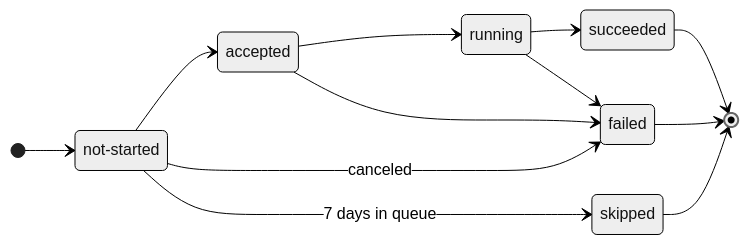
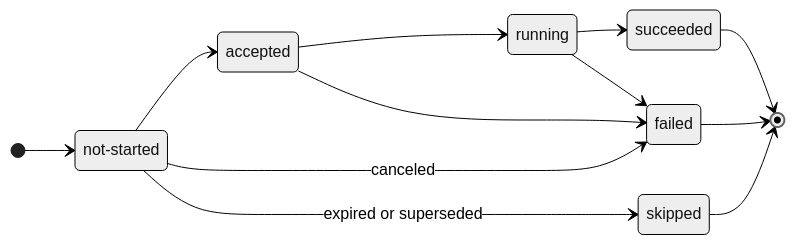
One commit to pulumi/docs changed the diagram in content/docs/deployments/operations/deployment-status.md. Above: the diagram before and after it, drawn with Mermaid (neutral theme). The commit also changed other lines of this file and 2 other files, not shown here.

Commit message:
Address pre-merge review: skip-intermediate cause for skipped, Vale wordiness

````diff
--- a/content/docs/deployments/operations/deployment-status.md
+++ b/content/docs/deployments/operations/deployment-status.md
@@ -41,16 +41,16 @@
 ```mermaid
 stateDiagram-v2
     direction LR
     [*] --> not_started
     not_started --> accepted
     not_started --> failed: canceled
-    not_started --> skipped: 7 days in queue
+    not_started --> skipped: expired or superseded
     accepted --> running
     accepted --> failed
     running --> succeeded
     running --> failed
     succeeded --> [*]
     failed --> [*]
     skipped --> [*]
     not_started: not-started
 ```
````
